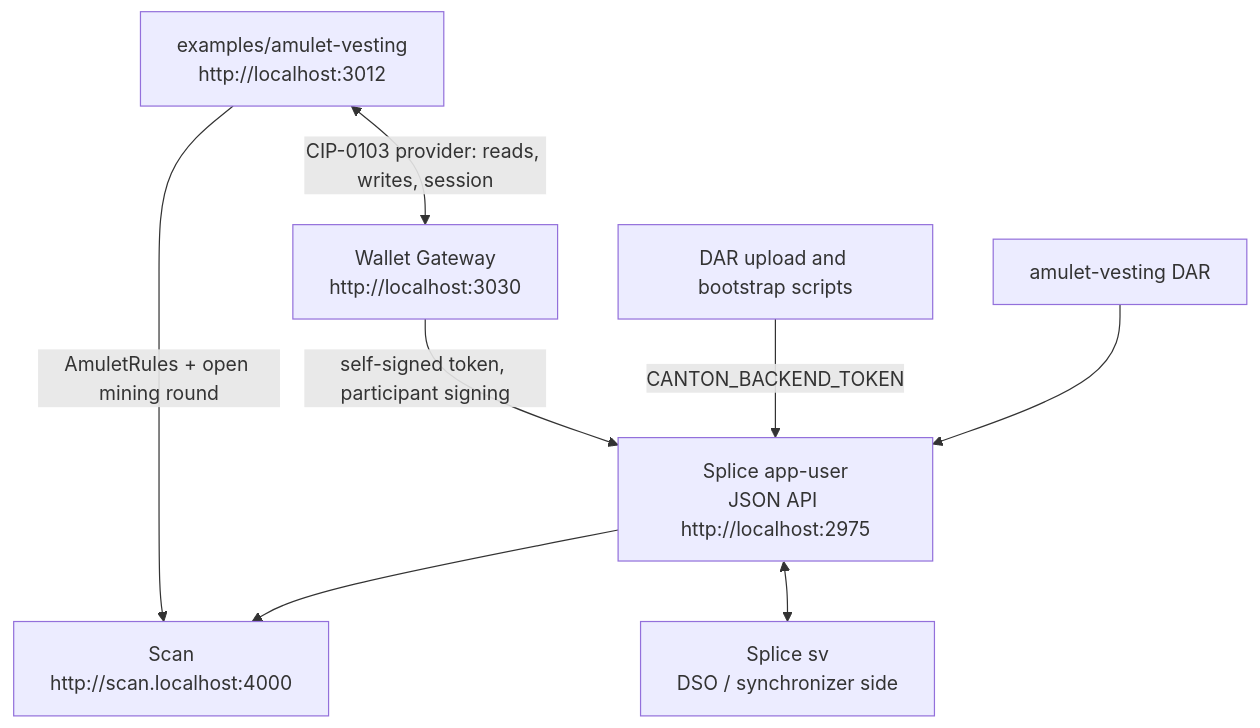
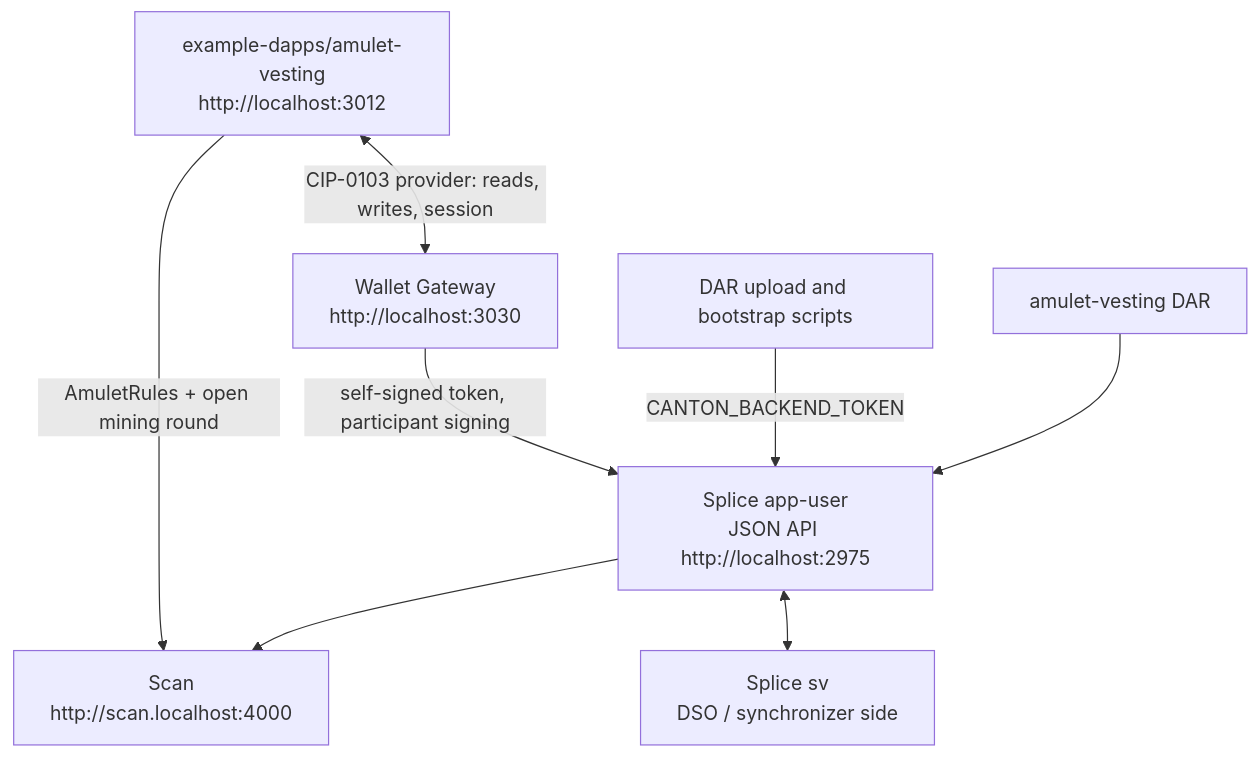
The diagram in architecture.md (BootNodeDev/canton-dappbooster), drawn with Mermaid before and after one commit. The commit also changed other lines of this file and 172 other files, not shown here.

First line of the commit message:
refactor: rename the examples folder to example-dapps

````diff
--- a/architecture.md
+++ b/architecture.md
@@ -22,18 +22,18 @@
 ```mermaid
 flowchart TD
-  fe["examples/amulet-vesting<br/>http://localhost:3012"]
+  fe["example-dapps/amulet-vesting<br/>http://localhost:3012"]
   gw["Wallet Gateway<br/>http://localhost:3030"]
   au["Splice app-user<br/>JSON API http://localhost:2975"]
   sv["Splice sv<br/>DSO / synchronizer side"]
   scan["Scan<br/>http://scan.localhost:4000"]
   dar["amulet-vesting DAR"]
   scripts["DAR upload and bootstrap scripts"]
 
   fe -->|"AmuletRules + open mining round"| scan
   fe <-->|"CIP-0103 provider: reads, writes, session"| gw
   gw -->|"self-signed token, participant signing"| au
   scripts -->|"CANTON_BACKEND_TOKEN"| au
   au <--> sv
   au --> scan
   dar --> au
 ```
````
